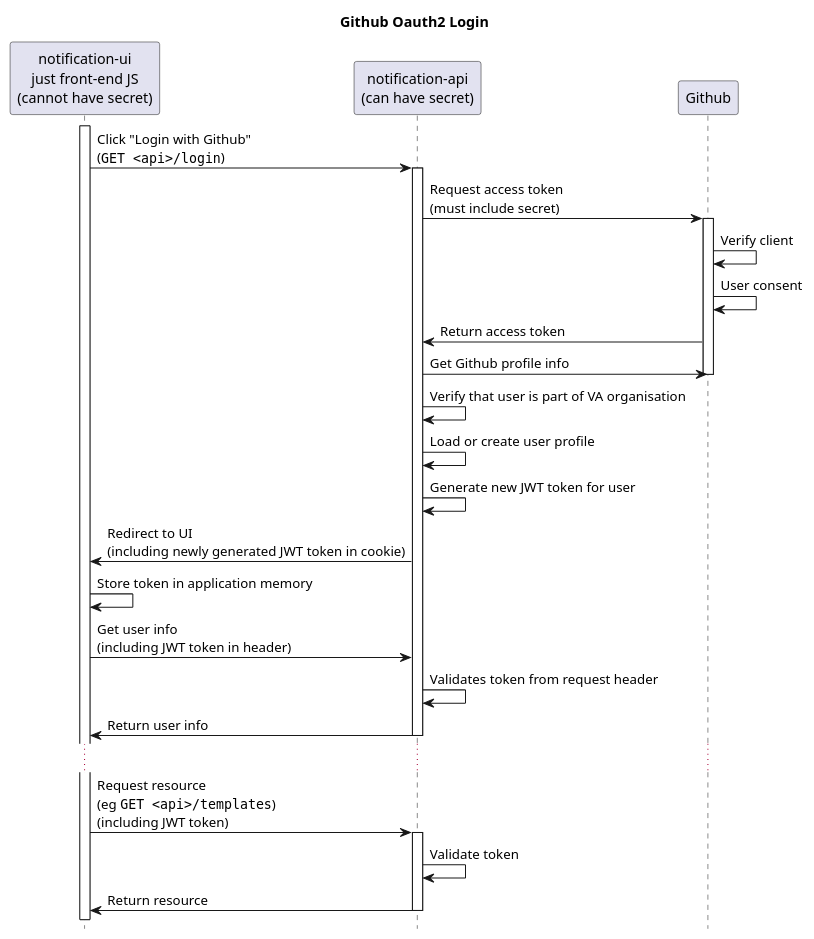
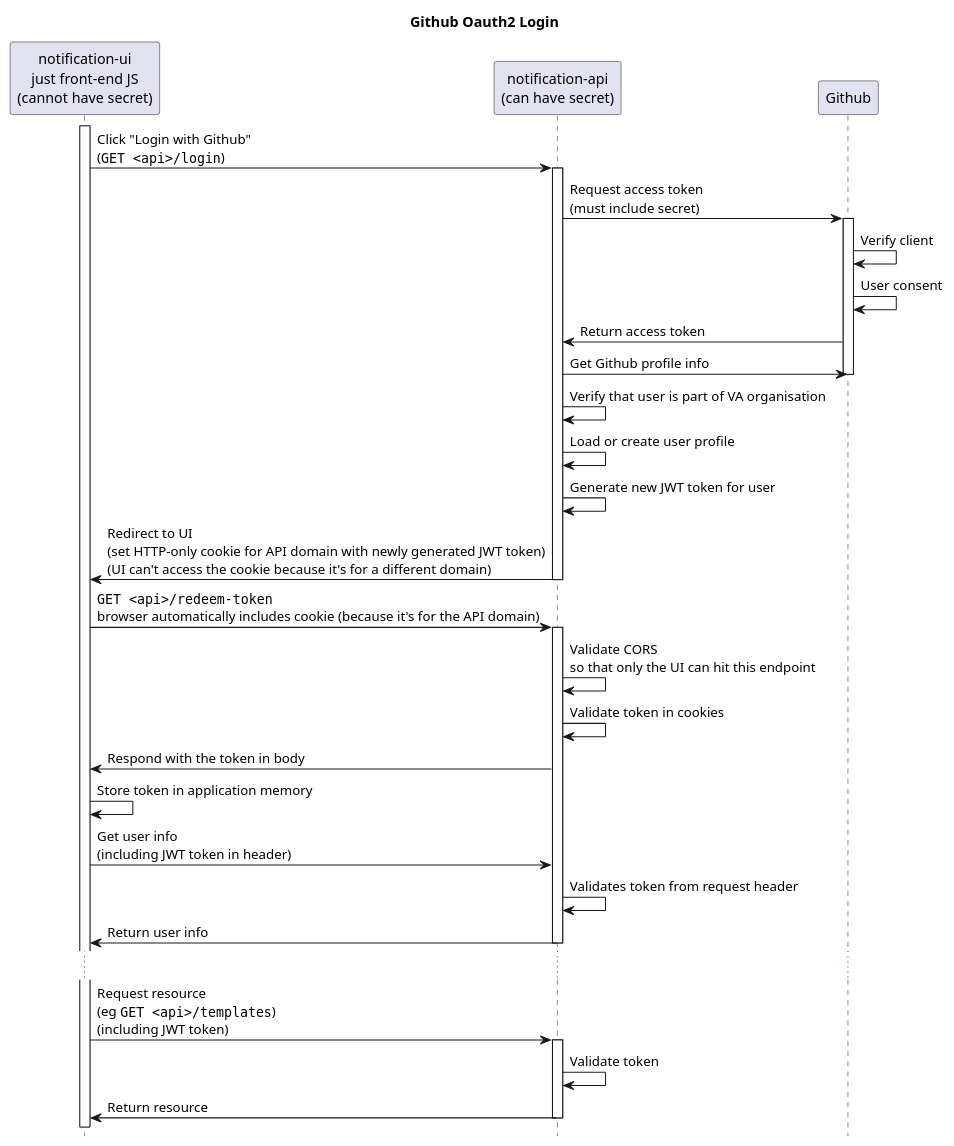
One commit to department-of-veterans-affairs/notification-api changed the diagram in documents/github-oauth2-sequence-diagram.puml. Above: the diagram before and after it, drawn with PlantUML.

Commit message:
expands on diagram to incorporate token redemption

```diff
--- a/documents/github-oauth2-sequence-diagram.puml
+++ b/documents/github-oauth2-sequence-diagram.puml
@@ -1,51 +1,57 @@
 @startuml
 
 title Github Oauth2 Login
 
 participant "notification-ui\njust front-end JS\n(cannot have secret)" as ui
 participant "notification-api\n(can have secret)" as api
 participant Github
 
 activate ui
 
 ui -> api: Click "Login with Github"\n(""GET <api>/login"")
 
 activate api
 api -> Github: Request access token\n(must include secret)
 
 activate Github
 Github -> Github: Verify client
 Github -> Github: User consent
 Github -> api: Return access token
 
 api -> Github: Get Github profile info
 deactivate Github
 
 api -> api: Verify that user is part of VA organisation
 
 api -> api: Load or create user profile
 api -> api: Generate new JWT token for user
 
-api -> ui: Redirect to UI\n(including newly generated JWT token in cookie)
+api -> ui: Redirect to UI\n(set HTTP-only cookie for API domain with newly generated JWT token)\n(UI can't access the cookie because it's for a different domain)
+deactivate api
 
+ui -> api: ""GET <api>/redeem-token""\nbrowser automatically includes cookie (because it's for the API domain)
+activate api
+api -> api: Validate CORS\nso that only the UI can hit this endpoint
+api-> api: Validate token in cookies
+api -> ui: Respond with the token in body
 ui -> ui: Store token in application memory
 
 ui -> api: Get user info\n(including JWT token in header)
 
 api -> api: Validates token from request header
 api -> ui: Return user info
 deactivate api
 
 ...
 
 ui -> api: Request resource\n(eg ""GET <api>/templates"")\n(including JWT token)
 
 activate api
 api -> api: Validate token
 
 api -> ui: Return resource
 
 deactivate api
 
 hide footbox
 @enduml
```
